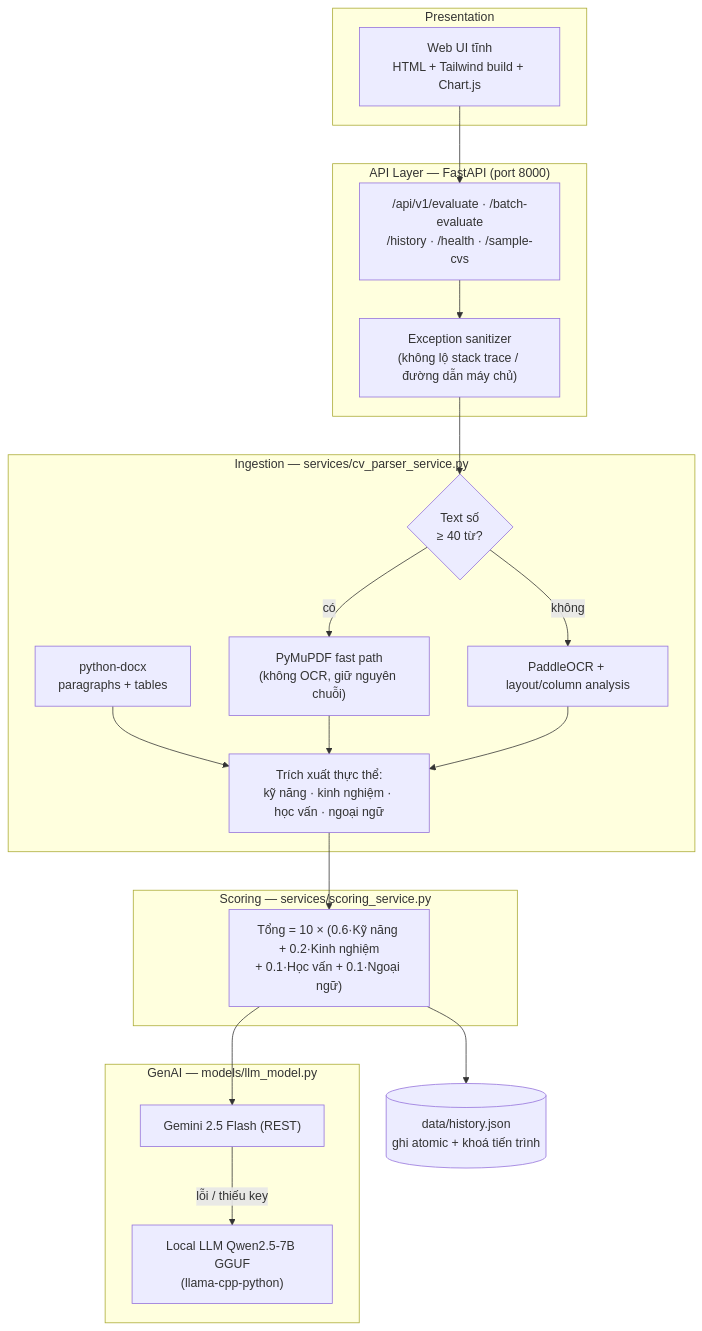
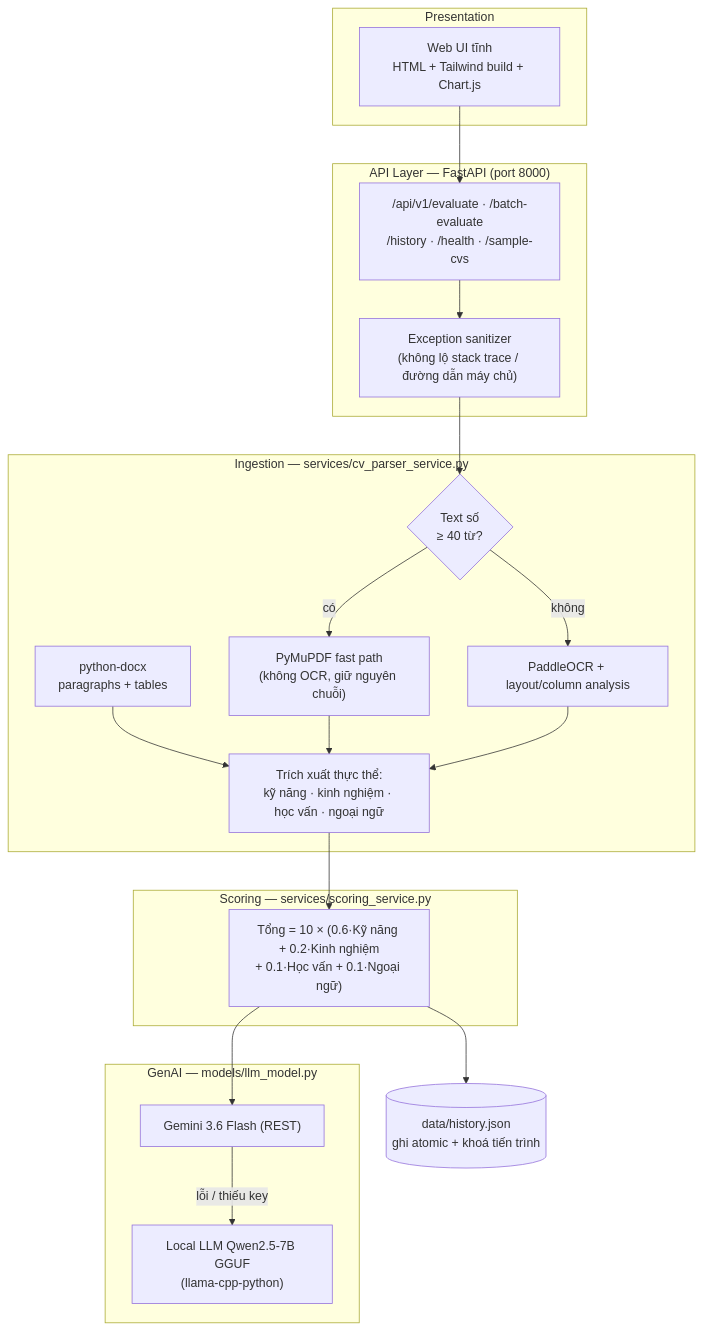
One commit to Bui-Tien-Dat-2808/CV-Scorer-System changed the diagram in README.md. Above: the diagram before and after it, drawn with Mermaid. The commit also changed other lines of this file and 13 other files, not shown here.

````diff
--- a/README.md
+++ b/README.md
@@ -32,39 +32,39 @@
 ```mermaid
 flowchart TD
     subgraph Client["Presentation"]
         WebUI["Web UI tĩnh<br/>HTML + Tailwind build + Chart.js"]
     end
 
     subgraph API["API Layer — FastAPI (port 8000)"]
         EP["/api/v1/evaluate · /batch-evaluate<br/>/history · /health · /sample-cvs"]
         Sanitizer["Exception sanitizer<br/>(không lộ stack trace / đường dẫn máy chủ)"]
     end
 
     subgraph Ingestion["Ingestion — services/cv_parser_service.py"]
         Detect{"Text số<br/>≥ 40 từ?"}
         Fast["PyMuPDF fast path<br/>(không OCR, giữ nguyên chuỗi)"]
         OCR["PaddleOCR + layout/column analysis"]
         Docx["python-docx<br/>paragraphs + tables"]
         Extract["Trích xuất thực thể:<br/>kỹ năng · kinh nghiệm · học vấn · ngoại ngữ"]
     end
 
     subgraph Scoring["Scoring — services/scoring_service.py"]
         W["Tổng = 10 × (0.6·Kỹ năng + 0.2·Kinh nghiệm<br/>+ 0.1·Học vấn + 0.1·Ngoại ngữ)"]
     end
 
     subgraph LLM["GenAI — models/llm_model.py"]
-        Gemini["Gemini 2.5 Flash (REST)"]
+        Gemini["Gemini 3.6 Flash (REST)"]
         Fallback["Local LLM Qwen2.5-7B GGUF<br/>(llama-cpp-python)"]
     end
 
     Storage[("data/history.json<br/>ghi atomic + khoá tiến trình")]
 
     WebUI --> EP --> Sanitizer --> Detect
     Detect -- có --> Fast
     Detect -- không --> OCR
     Docx --> Extract
     Fast & OCR --> Extract
     Extract --> W --> Gemini
     Gemini -- "lỗi / thiếu key" --> Fallback
     W --> Storage
 ```
````
